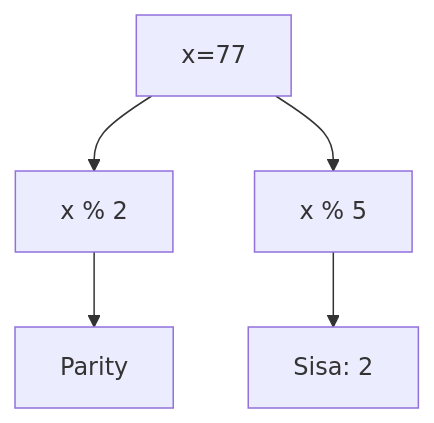
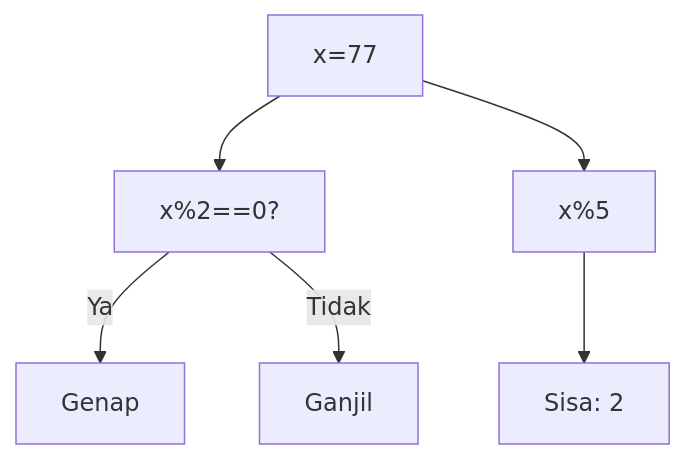
The first of 25 diagrams in part-c-pemahaman-cpp/01-tipe-data/latihan/set-09.md (amnahwaida/OSNK_INF_PREP), drawn with Mermaid before and after one commit. The commit also changed other lines of this file and 71 other files, not shown here.

Commit message:
Fixed Mermaid syntax lexical errors with quoted labels in 1,800 questions

````diff
--- a/part-c-pemahaman-cpp/01-tipe-data/latihan/set-09.md
+++ b/part-c-pemahaman-cpp/01-tipe-data/latihan/set-09.md
@@ -23,7 +23,8 @@
 ```mermaid
 graph TD
-A[x=77] --> B[x % 2]
-B --> C[Parity]
-A --> D[x % 5]
-D --> E[Sisa: 2]
+A["x=77"] --> B["x%2==0?"]
+B -- Ya --> C["Genap"]
+B -- Tidak --> D["Ganjil"]
+A --> E["x%5"]
+E --> F["Sisa: 2"]
 ```
````
